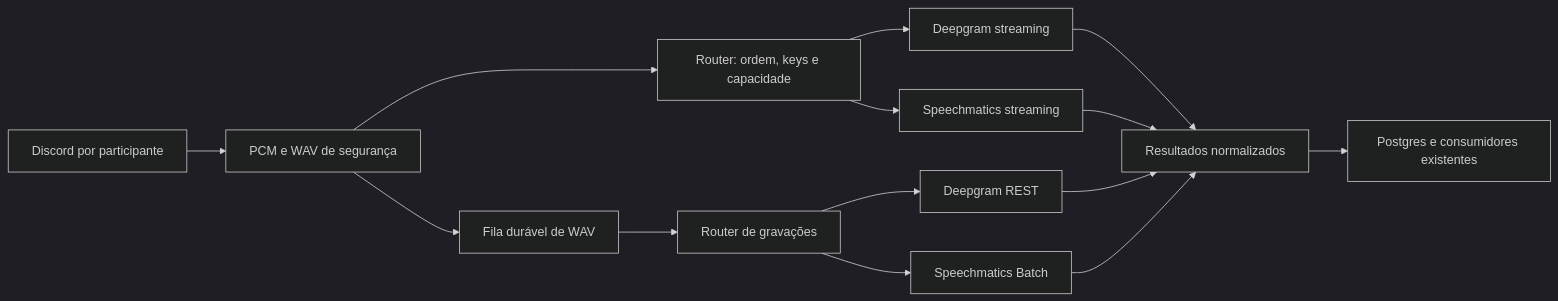
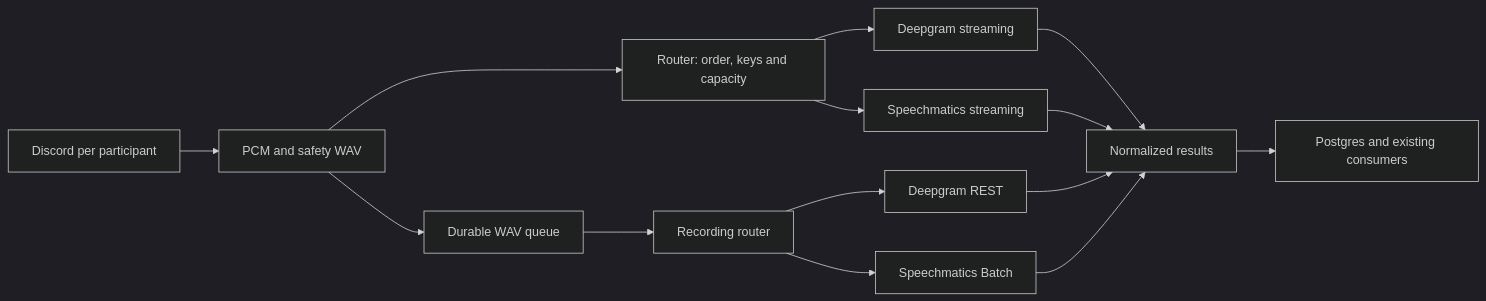
One commit to Maruqes/2026-ei-aoopii-c02 changed the diagram in plan/deepgram-multi-provider.md. Above: the diagram before and after it, drawn with Mermaid (dark theme). The commit also changed other lines of this file and 55 other files, not shown here.

````diff
--- a/plan/deepgram-multi-provider.md
+++ b/plan/deepgram-multi-provider.md
@@ -162,16 +162,16 @@
 ```mermaid
 flowchart LR
-    D[Discord por participante] --> C[PCM e WAV de segurança]
-    C --> R[Router: ordem, keys e capacidade]
+    D[Discord per participant] --> C[PCM and safety WAV]
+    C --> R[Router: order, keys and capacity]
     R --> DS[Deepgram streaming]
     R --> SS[Speechmatics streaming]
-    C --> Q[Fila durável de WAV]
-    Q --> B[Router de gravações]
+    C --> Q[Durable WAV queue]
+    Q --> B[Recording router]
     B --> DB[Deepgram REST]
     B --> SB[Speechmatics Batch]
-    DS --> N[Resultados normalizados]
+    DS --> N[Normalized results]
     SS --> N
     DB --> N
     SB --> N
-    N --> P[Postgres e consumidores existentes]
+    N --> P[Postgres and existing consumers]
 ```
````
